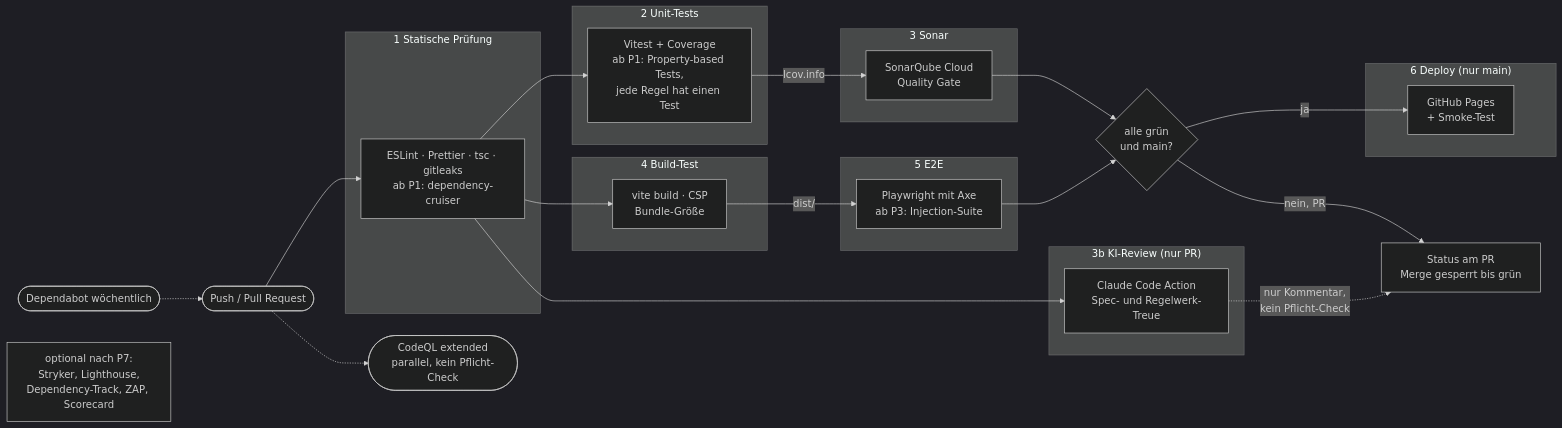
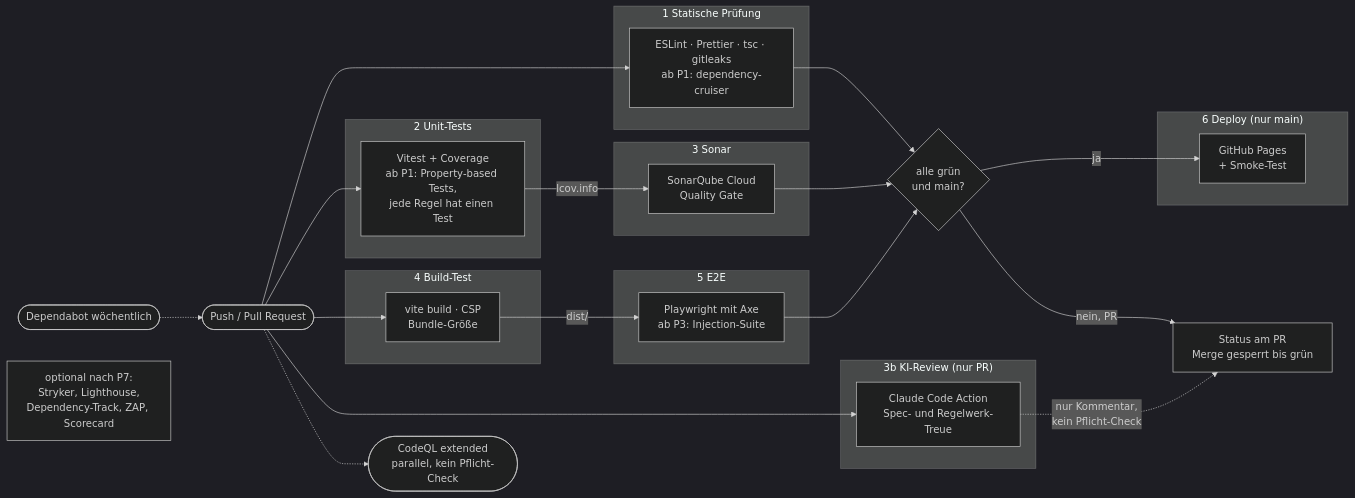
Before and after one commit to jurie2000/ti-visualizer: the seventh of 10 diagrams in specs/001-ti-visualizer-baukasten/architektur.md, drawn with Mermaid (dark theme). The commit also changed 4 other files, not shown here.

````diff
--- a/specs/001-ti-visualizer-baukasten/architektur.md
+++ b/specs/001-ti-visualizer-baukasten/architektur.md
@@ -482,42 +482,43 @@
 ```mermaid
 flowchart LR
     trigger(["Push / Pull Request"])
 
     subgraph s1["1 Statische Prüfung"]
         lint["ESLint · Prettier · tsc · gitleaks<br/>ab P1: dependency-cruiser"]
     end
     subgraph s2["2 Unit-Tests"]
         unit["Vitest + Coverage<br/>ab P1: Property-based Tests,<br/>jede Regel hat einen Test"]
     end
     subgraph s3["3 Sonar"]
         sonar["SonarQube Cloud<br/>Quality Gate"]
     end
     subgraph s3b["3b KI-Review (nur PR)"]
         ai["Claude Code Action<br/>Spec- und Regelwerk-Treue"]
     end
     subgraph s4["4 Build-Test"]
         build["vite build · CSP<br/>Bundle-Größe"]
     end
     subgraph s5["5 E2E"]
         e2e["Playwright mit Axe<br/>ab P3: Injection-Suite"]
     end
     subgraph s6["6 Deploy (nur main)"]
         deploy["GitHub Pages<br/>+ Smoke-Test"]
     end
 
     trigger --> lint
-    lint --> unit
-    lint --> build
-    lint --> ai
+    trigger --> unit
+    trigger --> build
+    trigger --> ai
+    lint --> gate
     unit -- "lcov.info" --> sonar
     ai -. "nur Kommentar,<br/>kein Pflicht-Check" .-> pr
     build -- "dist/" --> e2e
     sonar --> gate{"alle grün<br/>und main?"}
     e2e --> gate
     gate -- "ja" --> deploy
     gate -- "nein, PR" --> pr["Status am PR<br/>Merge gesperrt bis grün"]
 
     dependabot(["Dependabot wöchentlich"]) -.-> trigger
     trigger -.-> codeql(["CodeQL extended<br/>parallel, kein Pflicht-Check"])
     optional["optional nach P7:<br/>Stryker, Lighthouse,<br/>Dependency-Track, ZAP, Scorecard"]
 ```
````
